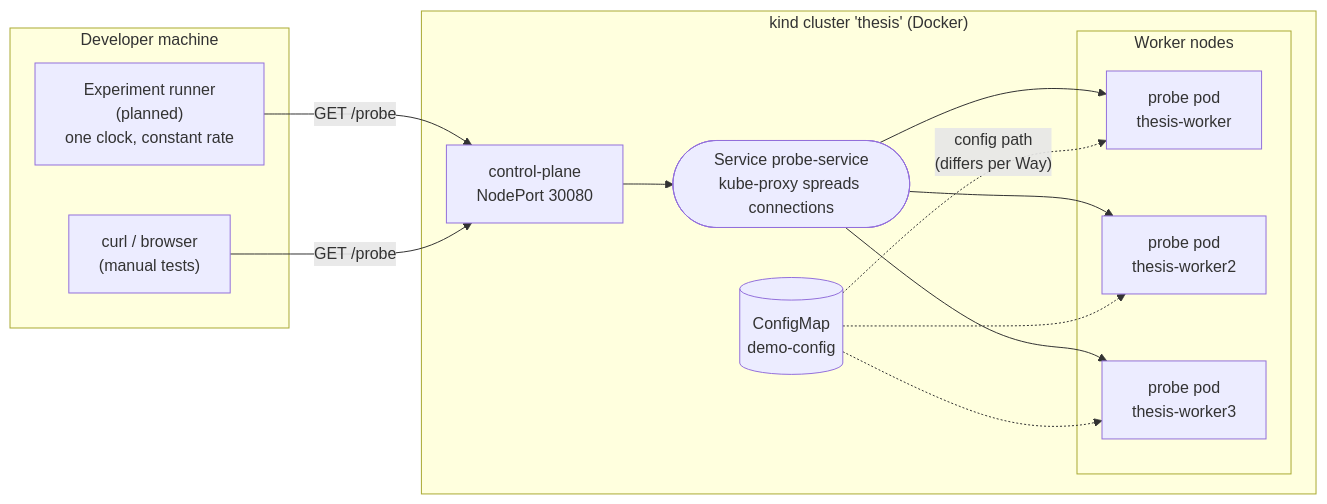
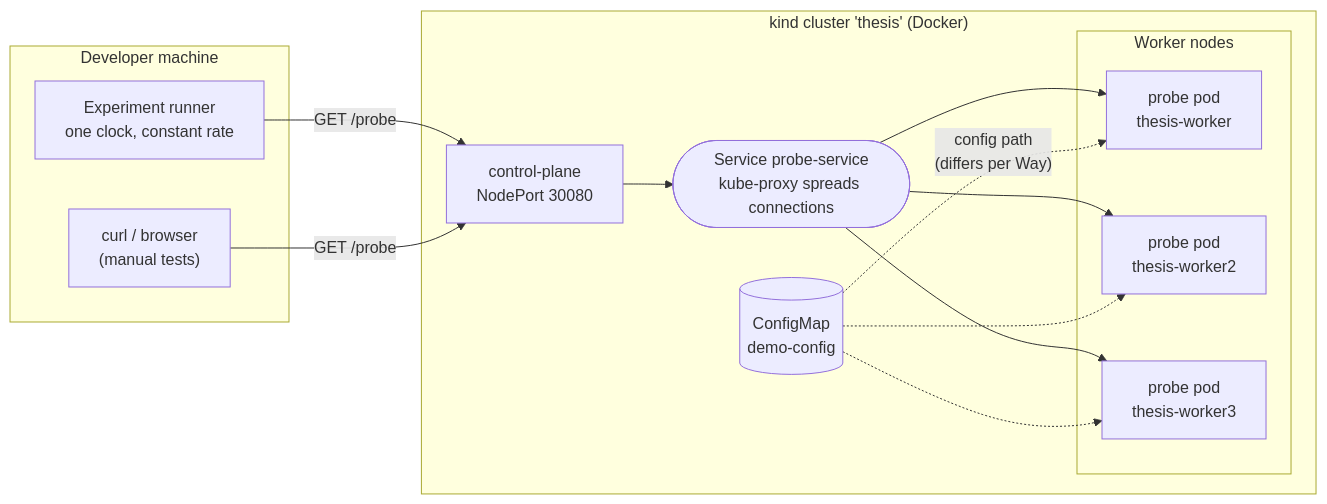
One commit to AimenFH/config-delivery-thesis changed the first of 3 diagrams in document/architecture.md. Above: the diagram before and after it, drawn with Mermaid. The commit also changed other lines of this file and 5 other files, not shown here.

````diff
--- a/document/architecture.md
+++ b/document/architecture.md
@@ -20,31 +20,31 @@
 ```mermaid
 flowchart LR
-    runner["Experiment runner<br/>(planned)<br/>one clock, constant rate"]
+    runner["Experiment runner<br/>one clock, constant rate"]
     curl["curl / browser<br/>(manual tests)"]
 
     subgraph mac["Developer machine"]
         runner
         curl
     end
 
     subgraph kind["kind cluster 'thesis' (Docker)"]
         cp["control-plane<br/>NodePort 30080"]
         svc(["Service probe-service<br/>kube-proxy spreads connections"])
         subgraph nodes["Worker nodes"]
             p1["probe pod<br/>thesis-worker"]
             p2["probe pod<br/>thesis-worker2"]
             p3["probe pod<br/>thesis-worker3"]
         end
         cm[("ConfigMap<br/>demo-config")]
     end
 
     runner -- "GET /probe" --> cp
     curl -- "GET /probe" --> cp
     cp --> svc
     svc --> p1
     svc --> p2
     svc --> p3
     cm -. "config path<br/>(differs per Way)" .-> p1
     cm -.-> p2
     cm -.-> p3
 ```
````
